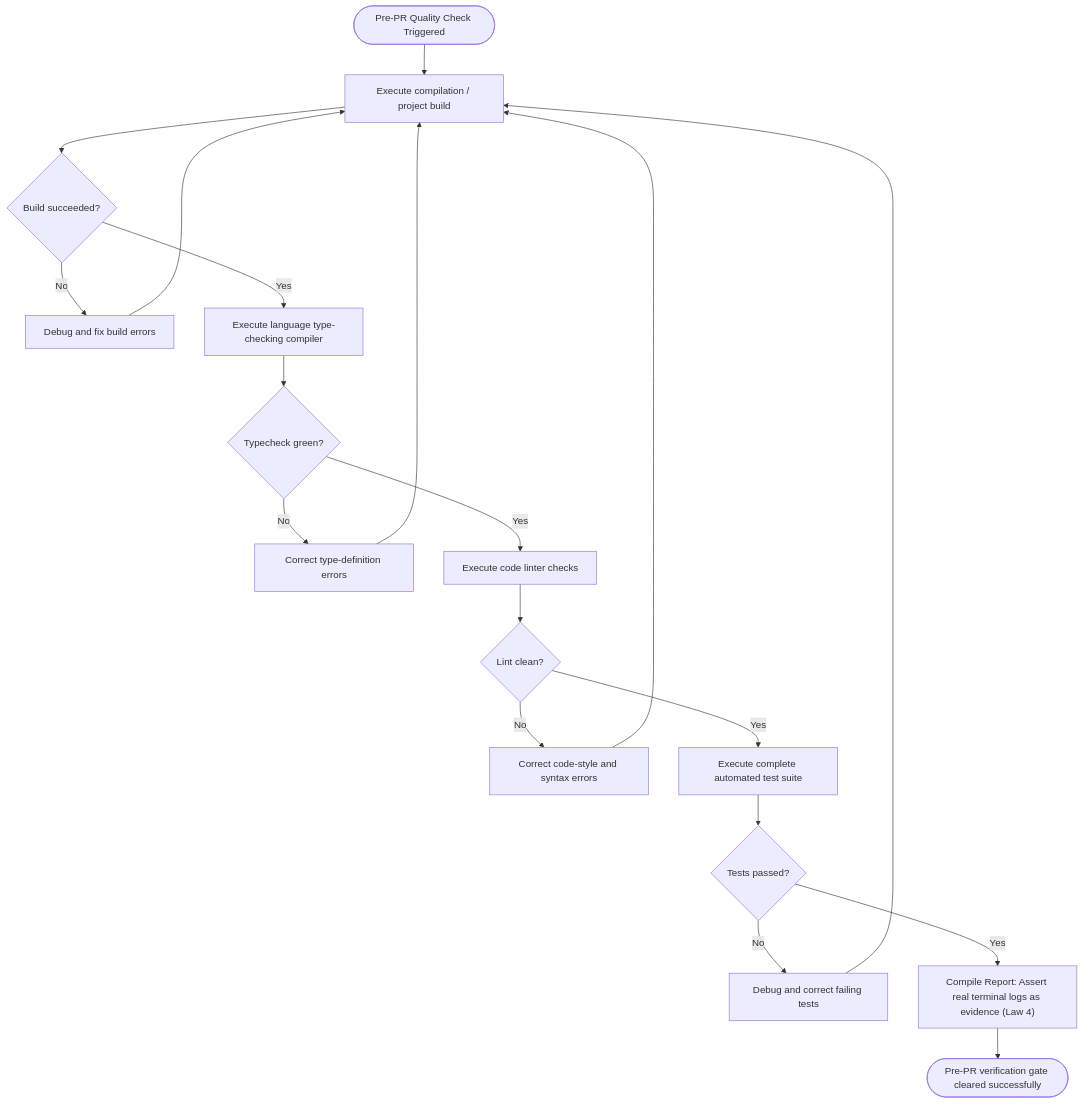
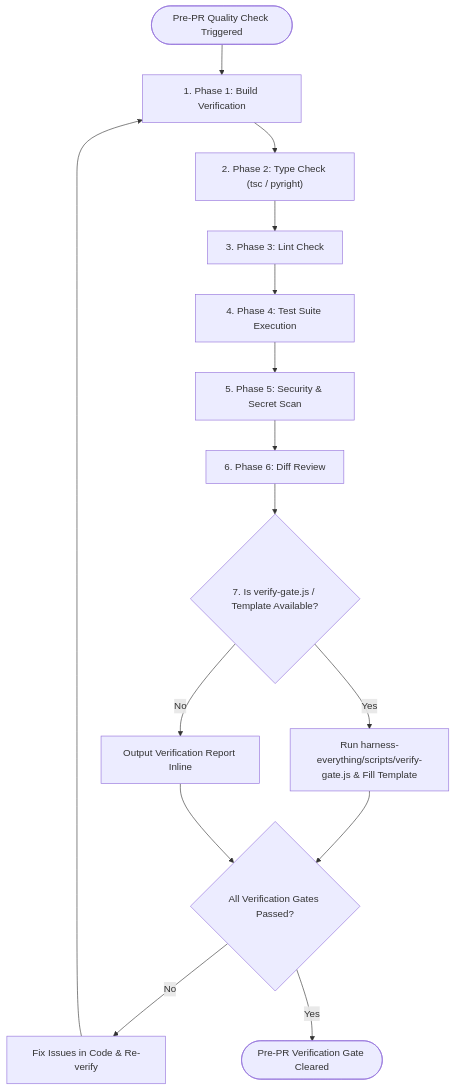
Before and after one commit to dyphn1/Harness-everything: the first of 3 diagrams in docs/workflows/verification-loop.md, drawn with Mermaid. The commit also changed 54 other files, not shown here.

````diff
--- a/docs/workflows/verification-loop.md
+++ b/docs/workflows/verification-loop.md
@@ -11,18 +11,19 @@
 ```mermaid
 graph TD
-  Start([Pre-PR Quality Check Triggered]) --> RunBuild["Execute compilation / project build"]
-  RunBuild --> CheckBuild{Build succeeded?}
-  CheckBuild -->|No| FixBuild["Debug and fix build errors"]
-  CheckBuild -->|Yes| RunTypeCheck["Execute language type-checking compiler"]
-  RunTypeCheck --> CheckTypes{Typecheck green?}
-  CheckTypes -->|No| FixTypes["Correct type-definition errors"]
-  CheckTypes -->|Yes| RunLint["Execute code linter checks"]
-  RunLint --> CheckLint{Lint clean?}
-  CheckLint -->|No| FixLint["Correct code-style and syntax errors"]
-  CheckLint -->|Yes| RunTests["Execute complete automated test suite"]
-  RunTests --> CheckTests{Tests passed?}
-  CheckTests -->|No| FixTests["Debug and correct failing tests"]
-  CheckTests -->|Yes| GenerateReport["Compile Report: Assert real terminal logs as evidence (Law 4)"]
-  GenerateReport --> End([Pre-PR verification gate cleared successfully])
-  FixBuild & FixTypes & FixLint & FixTests --> RunBuild
+  Start([Pre-PR Quality Check Triggered]) --> RunBuild["1. Phase 1: Build Verification"]
+  RunBuild --> RunTypeCheck["2. Phase 2: Type Check (tsc / pyright)"]
+  RunTypeCheck --> RunLint["3. Phase 3: Lint Check"]
+  RunLint --> RunTests["4. Phase 4: Test Suite Execution"]
+  RunTests --> RunSecurity["5. Phase 5: Security & Secret Scan"]
+  RunSecurity --> DiffReview["6. Phase 6: Diff Review"]
+  
+  DiffReview --> CheckScript{7. Is verify-gate.js / Template Available?}
+  CheckScript -->|Yes| ScriptReport["Run harness-everything/scripts/verify-gate.js & Fill Template"]
+  CheckScript -->|No| DirectReport["Output Verification Report Inline"]
+  
+  ScriptReport --> CheckGate{All Verification Gates Passed?}
+  DirectReport --> CheckGate
+  
+  CheckGate -->|No| FixIssues["Fix Issues in Code & Re-verify"] --> RunBuild
+  CheckGate -->|Yes| End([Pre-PR Verification Gate Cleared])
 ```
````
